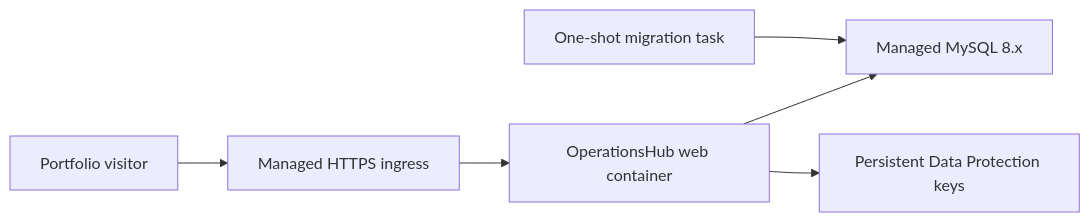
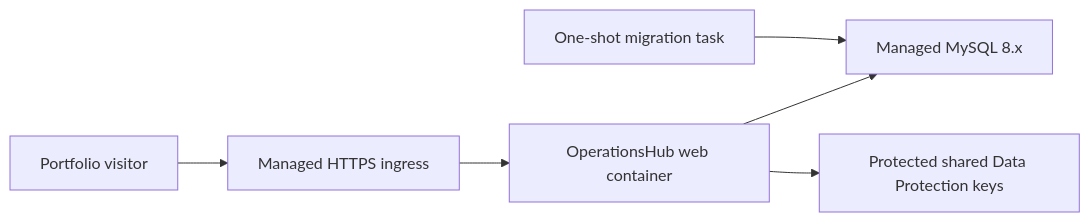
The diagram in docs/deployment.md (mikefrawth/operations-hub), drawn with Mermaid before and after one commit. The commit also changed other lines of this file and 14 other files, not shown here.

````diff
--- a/docs/deployment.md
+++ b/docs/deployment.md
@@ -59,8 +95,8 @@
 ```mermaid
 flowchart LR
     Browser["Portfolio visitor"] --> Ingress["Managed HTTPS ingress"]
     Ingress --> Web["OperationsHub web container"]
     Release["One-shot migration task"] --> MySQL["Managed MySQL 8.x"]
     Web --> MySQL
-    Web --> Keys["Persistent Data Protection keys"]
+    Web --> Keys["Protected shared Data Protection keys"]
 ```
````
